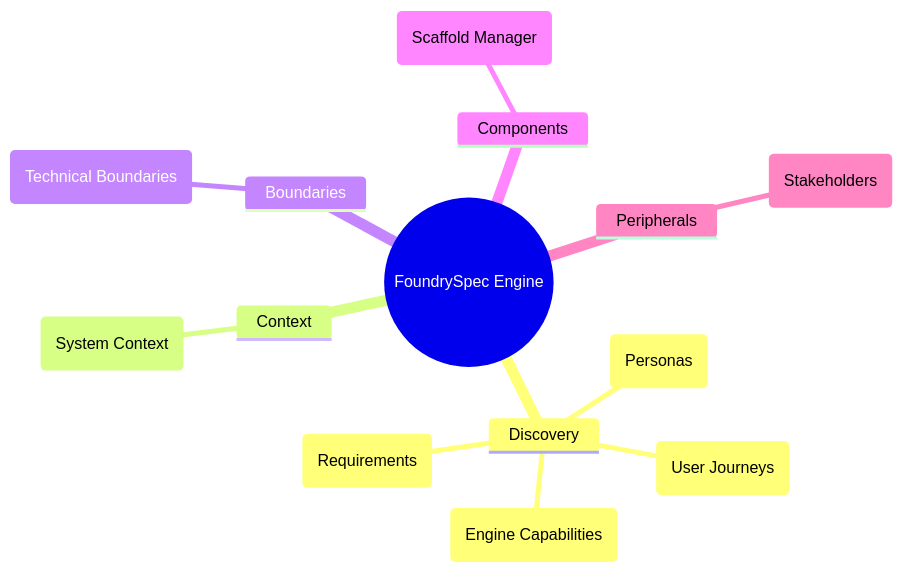
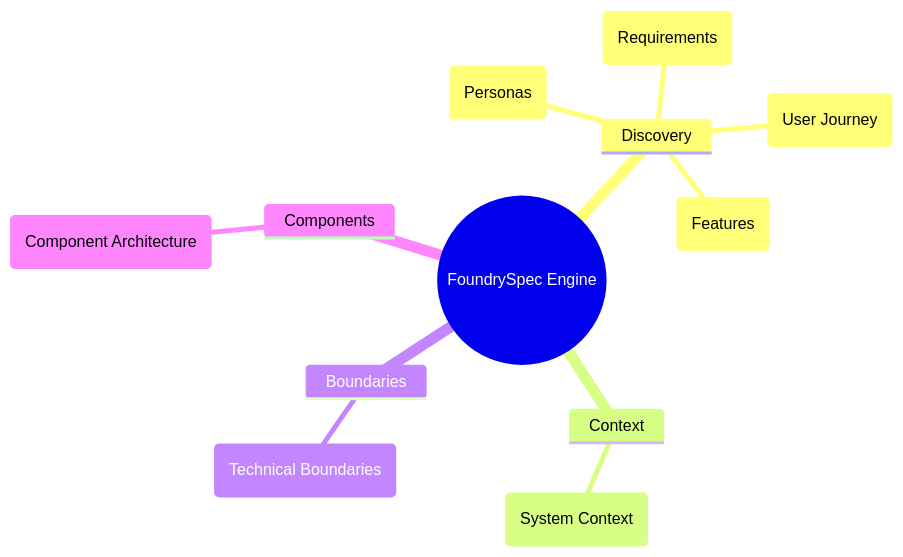
One commit to futurefoundai/foundryspec changed the diagram in foundryspec/root.mermaid. Above: the diagram before and after it, drawn with Mermaid. The commit also changed 14 other files, not shown here.

```diff
--- a/foundryspec/root.mermaid
+++ b/foundryspec/root.mermaid
@@ -1,30 +1,27 @@
 ---
-title: Project Root
+id: "ROOT"
+title: FoundrySpec Engine
 description: The entry point for the documentation graph.
-traceability:
-  id: "ROOT"
-  downlinks:
-    - "PER_EndUser"
-    - "PER_Stakeholder"
-    - "REQ_Functional"
-    - "CTX_System"
-    - "BND_App"
-    - "COMP_Scaffold"
-    - "FEAT_Capabilities"
-    - "assets/discovery/journeys.mermaid"
+downlinks:
+  - "PER_Group"
+  - "REQ_Group"
+  - "CTX_Group"
+  - "BND_Group"
+  - "COMP_Overview"
+  - "FEAT_Group"
+  - "JOUR_Flow"
 ---
+
 mindmap
-  root((FoundrySpec Engine))
+  ROOT((FoundrySpec Engine))
     Discovery
-      PER_EndUser(Personas)
-      REQ_Functional(Requirements)
-      FEAT_Capabilities(Engine Capabilities)
-      assets/discovery/journeys.mermaid(User Journeys)
+      PER_Group(Personas)
+      REQ_Group(Requirements)
+      FEAT_Group(Features)
+      JOUR_Flow(User Journey)
     Context
-      CTX_System(System Context)
+      CTX_Group(System Context)
     Boundaries
-      BND_App(Technical Boundaries)
+      BND_Group(Technical Boundaries)
     Components
-      COMP_Scaffold(Scaffold Manager)
-    Peripherals
-      PER_Stakeholder(Stakeholders)
+      COMP_Overview(Component Architecture)
```
